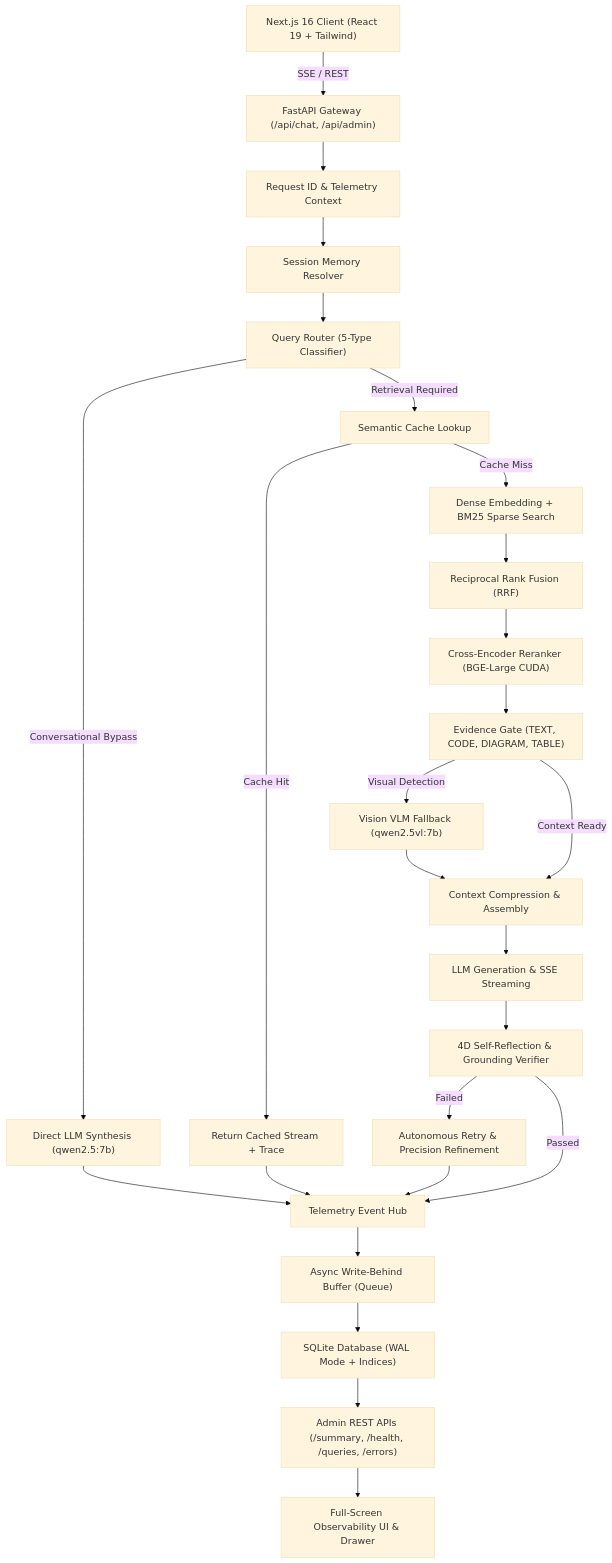
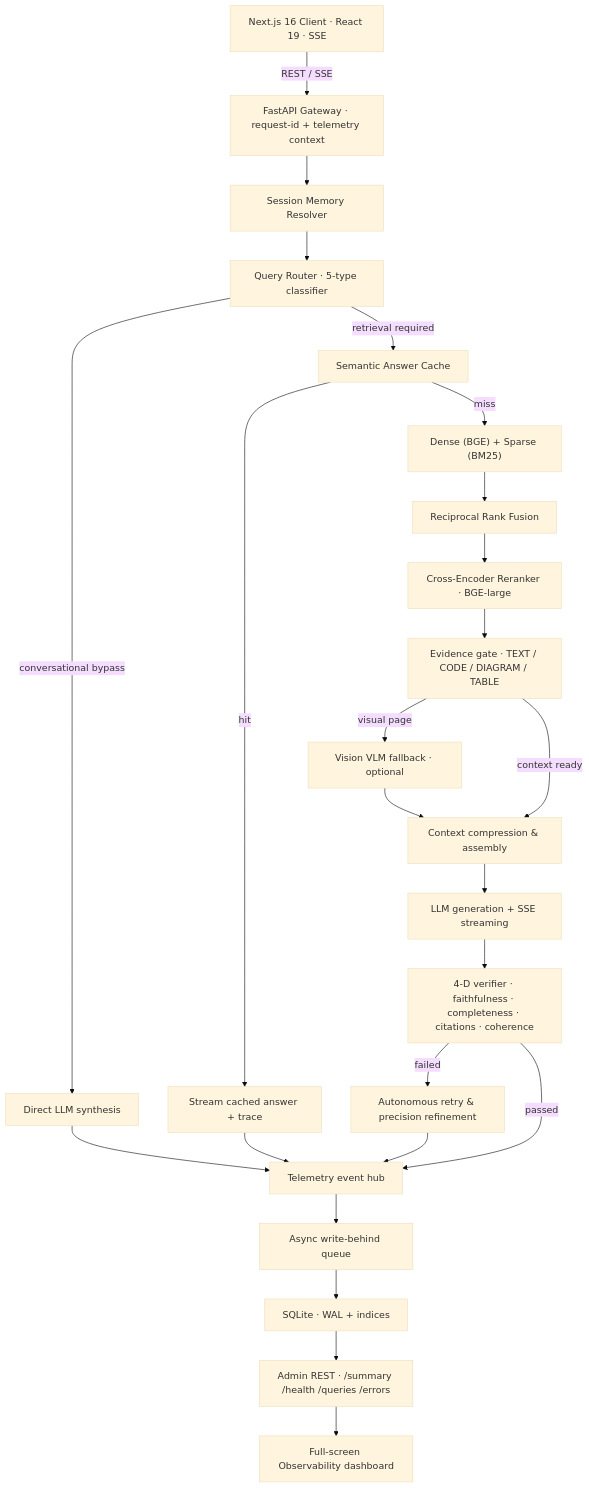
Before and after one commit to SoubhagyaJain/Company-policy-rag: the diagram in README.md, drawn with Mermaid (base theme). The commit also changed other lines of this file, not shown here.

````diff
--- a/README.md
+++ b/README.md
@@ -66,35 +48,34 @@
 ```mermaid
 flowchart TD
-    UserClient["Next.js 16 Client (React 19 + Tailwind)"] -->|SSE / REST| FastAPIGateway["FastAPI Gateway (/api/chat, /api/admin)"]
-    FastAPIGateway --> RequestIDContext["Request ID & Telemetry Context"]
-    RequestIDContext --> MemoryResolver["Session Memory Resolver"]
-    MemoryResolver --> QueryRouter["Query Router (5-Type Classifier)"]
+    UserClient["Next.js 16 Client · React 19 · SSE"] -->|REST / SSE| Gateway["FastAPI Gateway · request-id + telemetry context"]
+    Gateway --> Memory["Session Memory Resolver"]
+    Memory --> Router["Query Router · 5-type classifier"]
 
-    QueryRouter -->|Conversational Bypass| DirectSynthesis["Direct LLM Synthesis (qwen2.5:7b)"]
-    QueryRouter -->|Retrieval Required| CacheCheck["Semantic Cache Lookup"]
+    Router -->|conversational bypass| Direct["Direct LLM synthesis"]
+    Router -->|retrieval required| Cache["Semantic Answer Cache"]
 
-    CacheCheck -->|Cache Hit| ReturnCached["Return Cached Stream + Trace"]
-    CacheCheck -->|Cache Miss| HybridSearch["Dense Embedding + BM25 Sparse Search"]
+    Cache -->|hit| Cached["Stream cached answer + trace"]
+    Cache -->|miss| Hybrid["Dense (BGE) + Sparse (BM25)"]
 
-    HybridSearch --> RRFFusion["Reciprocal Rank Fusion (RRF)"]
-    RRFFusion --> CrossEncoderRerank["Cross-Encoder Reranker (BGE-Large CUDA)"]
-    CrossEncoderRerank --> EvidenceClassifier["Evidence Gate (TEXT, CODE, DIAGRAM, TABLE)"]
+    Hybrid --> RRF["Reciprocal Rank Fusion"]
+    RRF --> Rerank["Cross-Encoder Reranker · BGE-large"]
+    Rerank --> Evidence["Evidence gate · TEXT / CODE / DIAGRAM / TABLE"]
 
-    EvidenceClassifier -->|Visual Detection| VisionExtraction["Vision VLM Fallback (qwen2.5vl:7b)"]
-    EvidenceClassifier -->|Context Ready| ContextAssembly["Context Compression & Assembly"]
-    VisionExtraction --> ContextAssembly
+    Evidence -->|visual page| Vision["Vision VLM fallback · optional"]
+    Evidence -->|context ready| Assembly["Context compression & assembly"]
+    Vision --> Assembly
 
-    ContextAssembly --> LLMStream["LLM Generation & SSE Streaming"]
-    LLMStream --> VerifierGate["4D Self-Reflection & Grounding Verifier"]
+    Assembly --> Stream["LLM generation + SSE streaming"]
+    Stream --> Verifier["4-D verifier · faithfulness · completeness · citations · coherence"]
 
-    VerifierGate -->|Failed| RetryEngine["Autonomous Retry & Precision Refinement"]
-    VerifierGate -->|Passed| TelemetryPipeline["Telemetry Event Hub"]
-    DirectSynthesis --> TelemetryPipeline
-    ReturnCached --> TelemetryPipeline
-    RetryEngine --> TelemetryPipeline
+    Verifier -->|failed| Retry["Autonomous retry & precision refinement"]
+    Verifier -->|passed| Telemetry["Telemetry event hub"]
+    Direct --> Telemetry
+    Cached --> Telemetry
+    Retry --> Telemetry
 
-    TelemetryPipeline --> WriteBehindQueue["Async Write-Behind Buffer (Queue)"]
-    WriteBehindQueue --> SQLiteWAL["SQLite Database (WAL Mode + Indices)"]
-    SQLiteWAL --> ObservabilityAPI["Admin REST APIs (/summary, /health, /queries, /errors)"]
-    ObservabilityAPI --> FullScreenUI["Full-Screen Observability UI & Drawer"]
+    Telemetry --> WriteBehind["Async write-behind queue"]
+    WriteBehind --> SQLite["SQLite · WAL + indices"]
+    SQLite --> AdminAPI["Admin REST · /summary /health /queries /errors"]
+    AdminAPI --> Dashboard["Full-screen Observability dashboard"]
 ```
````
